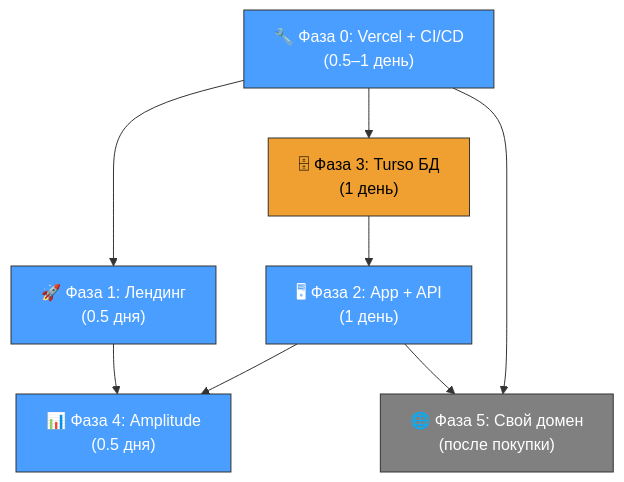
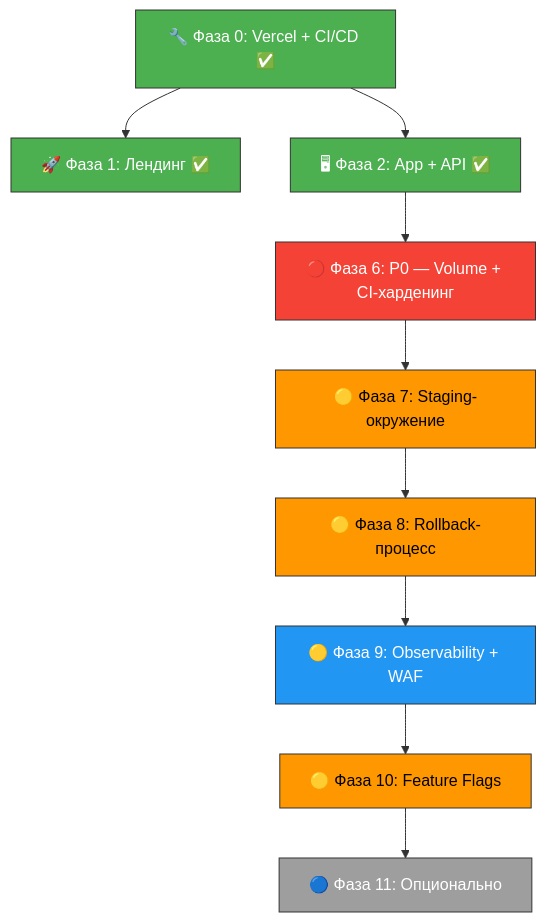
Before and after one commit to vadagama/jazz-trainer: the diagram in docs/ARCHIVE/DEPLOYMENT-PLAN.md, drawn with Mermaid. The commit also changed other lines of this file and 4 other files, not shown here.

````diff
--- a/docs/ARCHIVE/DEPLOYMENT-PLAN.md
+++ b/docs/ARCHIVE/DEPLOYMENT-PLAN.md
@@ -614,24 +422,31 @@
 ```mermaid
 graph TD
-    PHASE0["🔧 Фаза 0: Vercel + CI/CD<br/>(0.5–1 день)"]
-    PHASE1["🚀 Фаза 1: Лендинг<br/>(0.5 дня)"]
-    PHASE3["🗄 Фаза 3: Turso БД<br/>(1 день)"]
-    PHASE2["🖥 Фаза 2: App + API<br/>(1 день)"]
-    PHASE4["📊 Фаза 4: Amplitude<br/>(0.5 дня)"]
-    PHASE5["🌐 Фаза 5: Свой домен<br/>(после покупки)"]
+    PHASE0["🔧 Фаза 0: Vercel + CI/CD ✅"]
+    PHASE1["🚀 Фаза 1: Лендинг ✅"]
+    PHASE2["🖥 Фаза 2: App + API ✅"]
+    PHASE6["🔴 Фаза 6: P0 — Volume + CI-харденинг"]
+    PHASE7["🟡 Фаза 7: Staging-окружение"]
+    PHASE8["🟡 Фаза 8: Rollback-процесс"]
+    PHASE9["🟡 Фаза 9: Observability + WAF"]
+    PHASE10["🟡 Фаза 10: Feature Flags"]
+    PHASE11["🔵 Фаза 11: Опционально"]
 
     PHASE0 --> PHASE1
-    PHASE0 --> PHASE3
-    PHASE3 --> PHASE2
-    PHASE1 --> PHASE4
-    PHASE2 --> PHASE4
-    PHASE0 --> PHASE5
-    PHASE2 --> PHASE5
+    PHASE0 --> PHASE2
+    PHASE2 --> PHASE6
+    PHASE6 --> PHASE7
+    PHASE7 --> PHASE8
+    PHASE8 --> PHASE9
+    PHASE9 --> PHASE10
+    PHASE10 --> PHASE11
 
-    style PHASE0 fill:#4a9eff,stroke:#333,color:#fff
-    style PHASE1 fill:#4a9eff,stroke:#333,color:#fff
-    style PHASE3 fill:#f0a030,stroke:#333,color:#000
-    style PHASE2 fill:#4a9eff,stroke:#333,color:#fff
-    style PHASE4 fill:#4a9eff,stroke:#333,color:#fff
-    style PHASE5 fill:#808080,stroke:#333,color:#fff
+    style PHASE0 fill:#4caf50,stroke:#333,color:#fff
+    style PHASE1 fill:#4caf50,stroke:#333,color:#fff
+    style PHASE2 fill:#4caf50,stroke:#333,color:#fff
+    style PHASE6 fill:#f44336,stroke:#333,color:#fff
+    style PHASE7 fill:#ff9800,stroke:#333,color:#000
+    style PHASE8 fill:#ff9800,stroke:#333,color:#000
+    style PHASE9 fill:#2196f3,stroke:#333,color:#fff
+    style PHASE10 fill:#ff9800,stroke:#333,color:#000
+    style PHASE11 fill:#9e9e9e,stroke:#333,color:#fff
 ```
````
